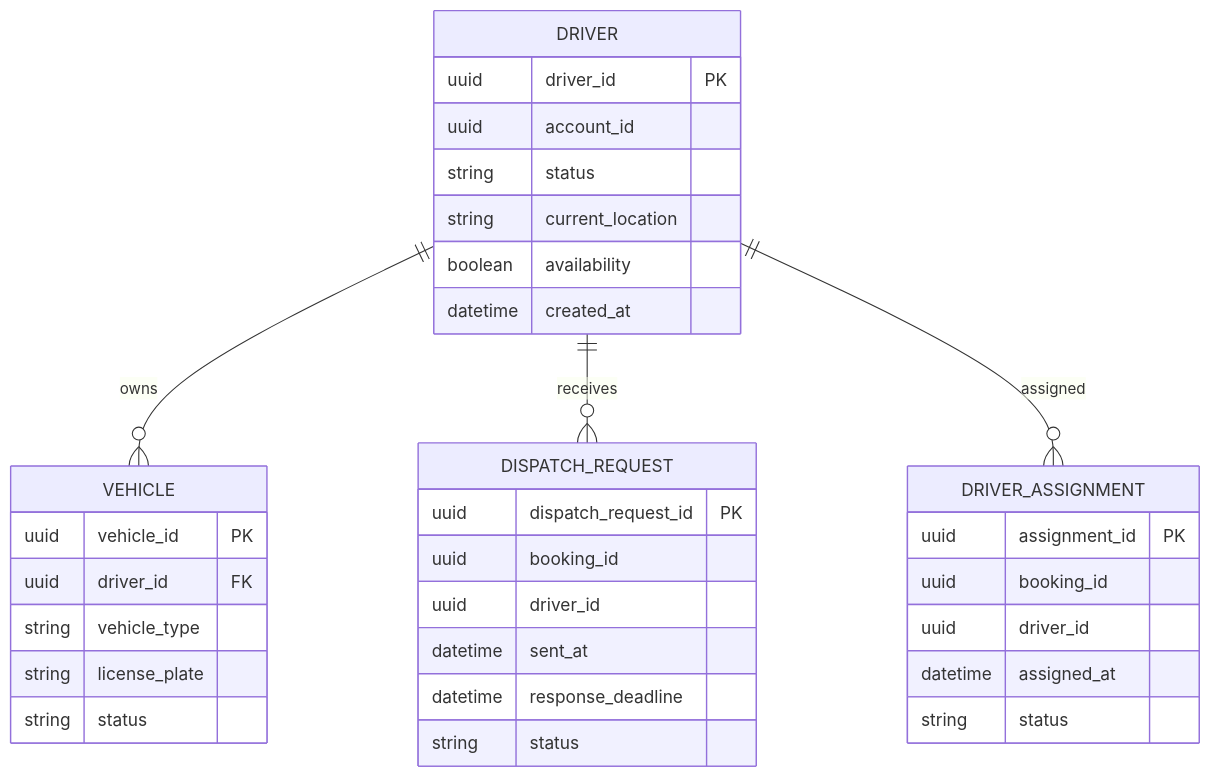
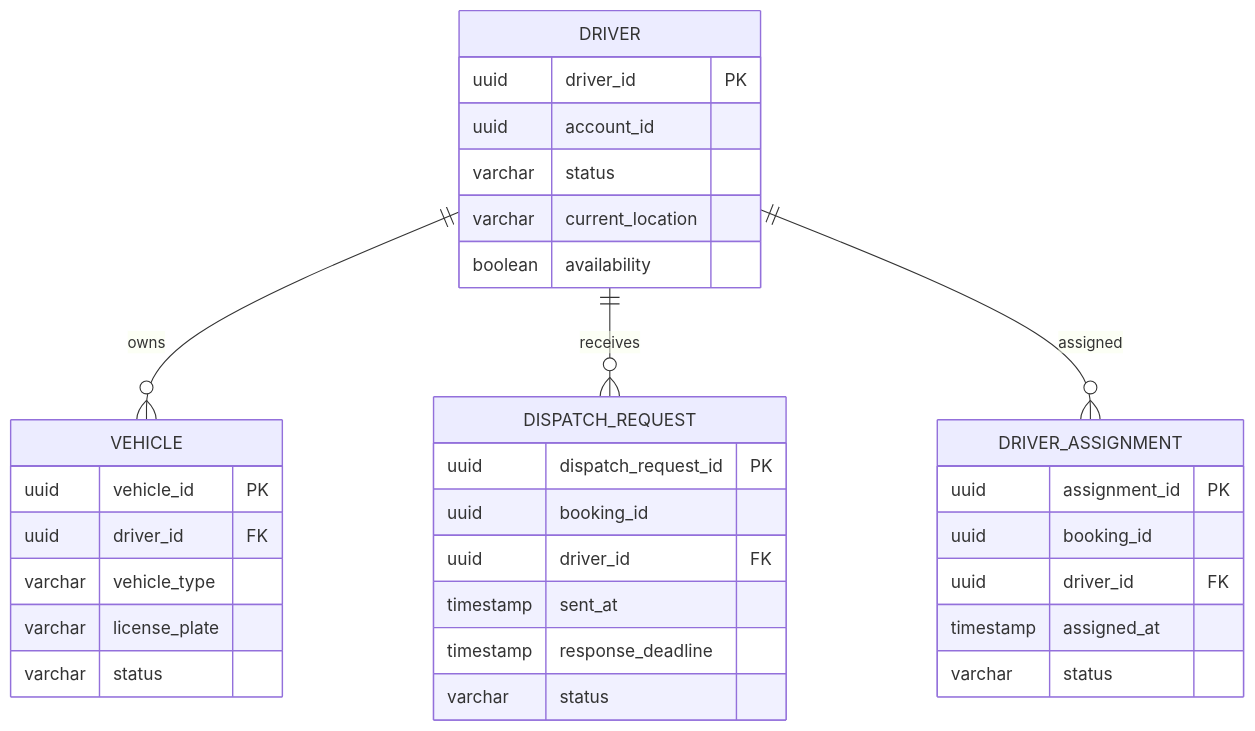
The ninth of 28 diagrams in Microservice_Design.md (Phamha0601/23680571_PhamThiThuHa_CabSystem), drawn with Mermaid before and after one commit. The commit also changed other lines of this file, not shown here.

````diff
--- a/Microservice_Design.md
+++ b/Microservice_Design.md
@@ -805,41 +611,40 @@
 ```mermaid
 erDiagram
 
     DRIVER ||--o{ VEHICLE : owns
     DRIVER ||--o{ DISPATCH_REQUEST : receives
     DRIVER ||--o{ DRIVER_ASSIGNMENT : assigned
 
     DRIVER {
         uuid driver_id PK
         uuid account_id
-        string status
-        string current_location
+        varchar status
+        varchar current_location
         boolean availability
-        datetime created_at
     }
 
     VEHICLE {
         uuid vehicle_id PK
         uuid driver_id FK
-        string vehicle_type
-        string license_plate
-        string status
+        varchar vehicle_type
+        varchar license_plate
+        varchar status
     }
 
     DISPATCH_REQUEST {
         uuid dispatch_request_id PK
         uuid booking_id
-        uuid driver_id
-        datetime sent_at
-        datetime response_deadline
-        string status
+        uuid driver_id FK
+        timestamp sent_at
+        timestamp response_deadline
+        varchar status
     }
 
     DRIVER_ASSIGNMENT {
         uuid assignment_id PK
         uuid booking_id
-        uuid driver_id
-        datetime assigned_at
-        string status
+        uuid driver_id FK
+        timestamp assigned_at
+        varchar status
     }
 ```
````
